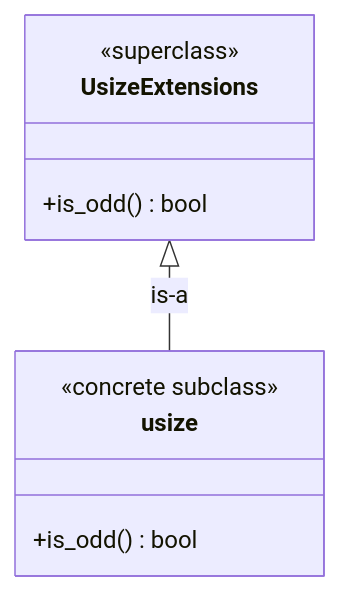
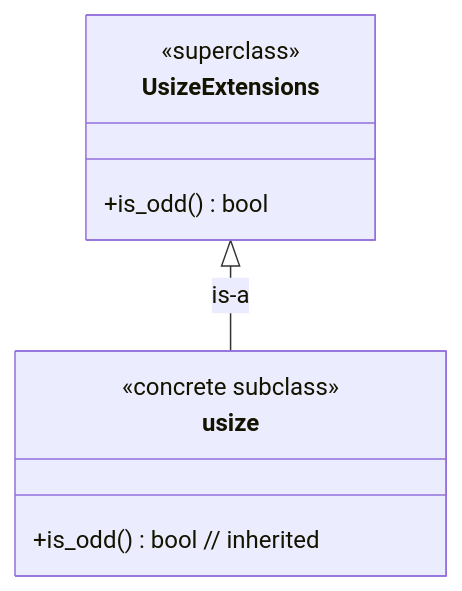
One commit to CarlKCarlK/inherit changed the diagram in examples/7_puzzle.md. Above: the diagram before and after it, drawn with Mermaid. The commit also changed 10 other files, not shown here.

````diff
--- a/examples/7_puzzle.md
+++ b/examples/7_puzzle.md
@@ -5,16 +5,16 @@
 ```mermaid
 classDiagram
     direction TB
 
     class UsizeExtensions {
         <<superclass>>
         +is_odd() bool
     }
 
     class usize {
         <<concrete subclass>>
-        +is_odd() bool
+        +is_odd() bool // inherited
     }
 
     UsizeExtensions <|-- usize : is-a
 ```
````
